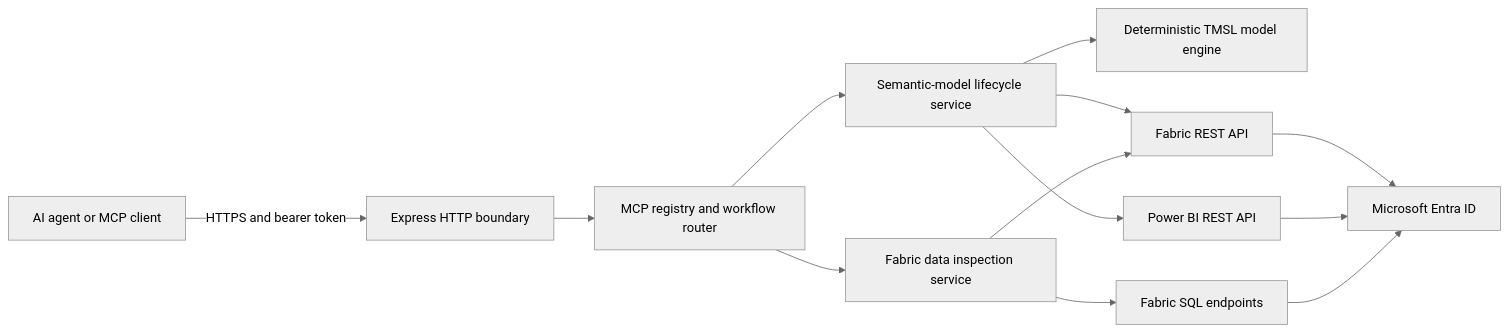
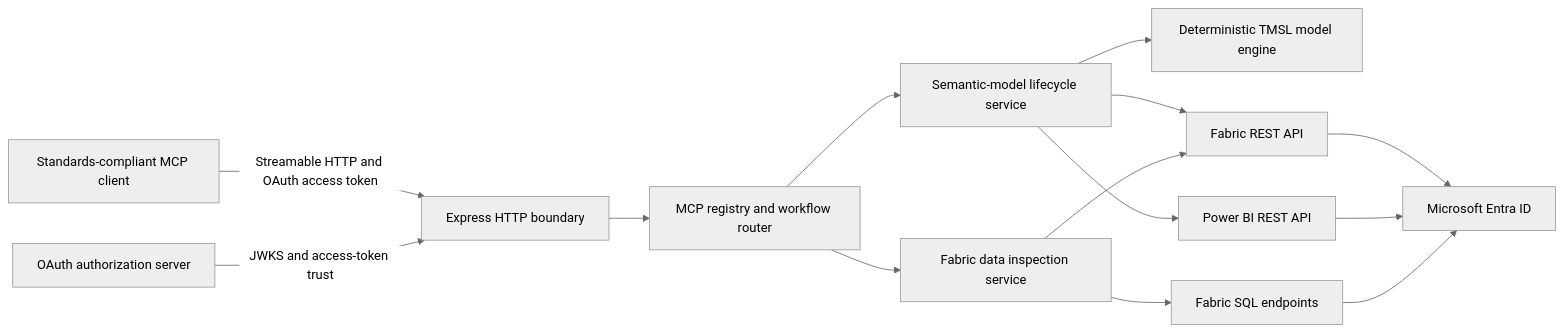
The diagram in README.md (Kkb113/PowerBI_MCP_Server), drawn with Mermaid (neutral theme) before and after one commit. The commit also changed other lines of this file and 21 other files, not shown here.

Commit message:
feat: add standard MCP OAuth interoperability

````diff
--- a/README.md
+++ b/README.md
@@ -35,15 +36,16 @@
 ```mermaid
 flowchart LR
-    Agent[AI agent or MCP client] -->|HTTPS and bearer token| HTTP[Express HTTP boundary]
+    Agent[Standards-compliant MCP client] -->|Streamable HTTP and OAuth access token| HTTP[Express HTTP boundary]
+    Auth[OAuth authorization server] -->|JWKS and access-token trust| HTTP
     HTTP --> MCP[MCP registry and workflow router]
     MCP --> Lifecycle[Semantic-model lifecycle service]
     MCP --> Data[Fabric data inspection service]
     Lifecycle --> Engine[Deterministic TMSL model engine]
     Lifecycle --> Fabric[Fabric REST API]
     Lifecycle --> PowerBI[Power BI REST API]
     Data --> Fabric
     Data --> SQL[Fabric SQL endpoints]
     Fabric --> Entra[Microsoft Entra ID]
     PowerBI --> Entra
     SQL --> Entra
 ```
````
